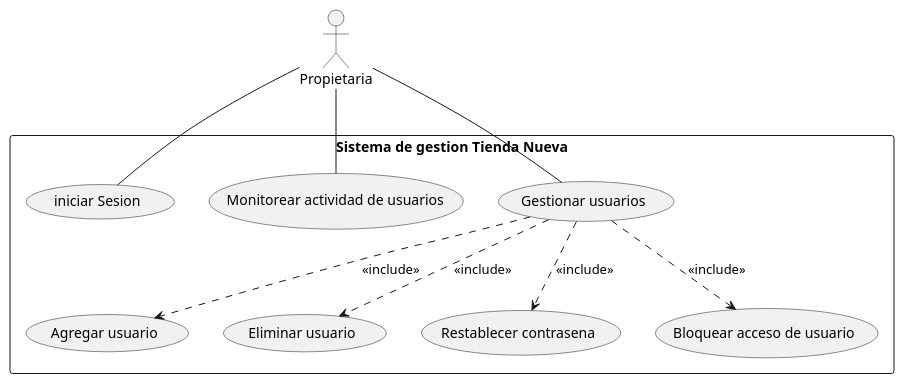
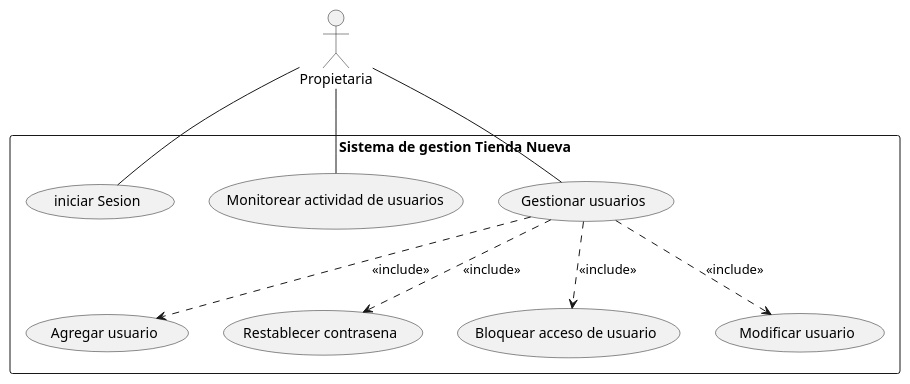
The diagram in out/CasosDeUso/Usuarios.puml (DmS0509/Casos-de-Uso), drawn with PlantUML before and after one commit. The commit also changed 4 other files, not shown here.

Commit message:
Se realizan cambios a los diagramas en base a lo discutido en la primera reunion

```diff
--- a/out/CasosDeUso/Usuarios.puml
+++ b/out/CasosDeUso/Usuarios.puml
@@ -1,27 +1,28 @@
 @startuml usuarios
 'title Usuarios
 
 'Definicion de actores
 actor Propietaria
 
 'Definicion del sistema
 rectangle "Sistema de gestion Tienda Nueva"{
     usecase "iniciar Sesion" as UC_IniciarSesion
     usecase "Monitorear actividad de usuarios" as UC_MonitorearActividad
     usecase "Gestionar usuarios" as UC_GestionarUsuarios
     usecase "Agregar usuario" as UC_AgregarUsuario
-    usecase "Eliminar usuario" as UC_EliminarUsuario
     usecase "Restablecer contrasena" as UC_RestablecerContrasena
     usecase "Bloquear acceso de usuario" as UC_BloquearAcceso
+    usecase "Modificar usuario" as UC_ModificarUsuario
 
 }
 
 Propietaria -- UC_IniciarSesion
 Propietaria -- UC_MonitorearActividad
 Propietaria -- UC_GestionarUsuarios
 
 UC_GestionarUsuarios ..> UC_AgregarUsuario : <<include>>
-UC_GestionarUsuarios ..> UC_EliminarUsuario : <<include>>
 UC_GestionarUsuarios ..> UC_RestablecerContrasena : <<include>>
 UC_GestionarUsuarios ..> UC_BloquearAcceso : <<include>>
+UC_GestionarUsuarios ..> UC_ModificarUsuario : <<include>>
+
 @enduml
```
